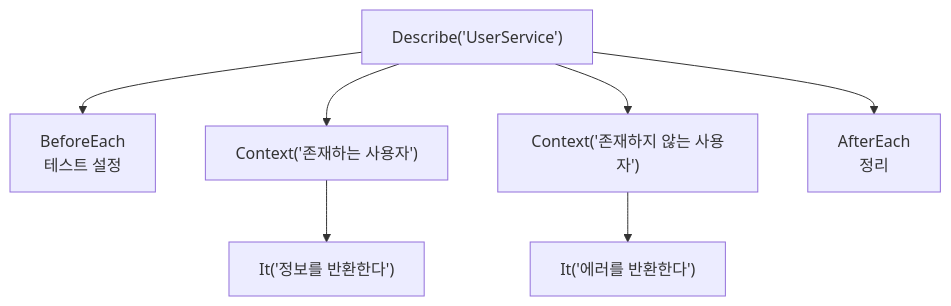
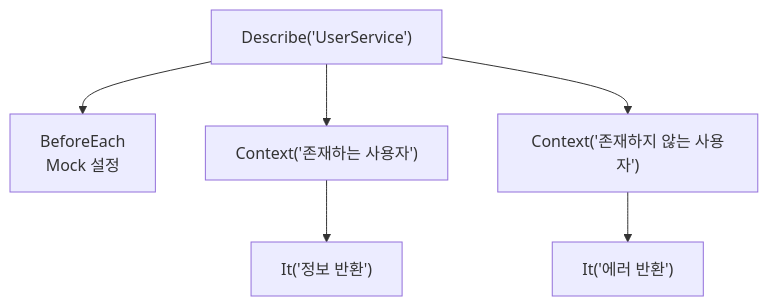
Before and after one commit to KimSeogyu/KimSeogyu.github.io: the third of 4 diagrams in src/content/backend/go/enterprise-go-7-testing.md, drawn with Mermaid. The commit also changed other lines of this file and 7 other files, not shown here.

````diff
--- a/src/content/backend/go/enterprise-go-7-testing.md
+++ b/src/content/backend/go/enterprise-go-7-testing.md
@@ -173,13 +89,9 @@
 ```mermaid
 graph TB
     DESCRIBE["Describe('UserService')"]
-    
-    DESCRIBE --> BEFORE["BeforeEach<br/>테스트 설정"]
+    DESCRIBE --> BEFORE["BeforeEach<br/>Mock 설정"]
     DESCRIBE --> CONTEXT1["Context('존재하는 사용자')"]
     DESCRIBE --> CONTEXT2["Context('존재하지 않는 사용자')"]
-    
-    CONTEXT1 --> IT1["It('정보를 반환한다')"]
-    CONTEXT2 --> IT2["It('에러를 반환한다')"]
-    
-    DESCRIBE --> AFTER["AfterEach<br/>정리"]
+    CONTEXT1 --> IT1["It('정보 반환')"]
+    CONTEXT2 --> IT2["It('에러 반환')"]
 ```
````
